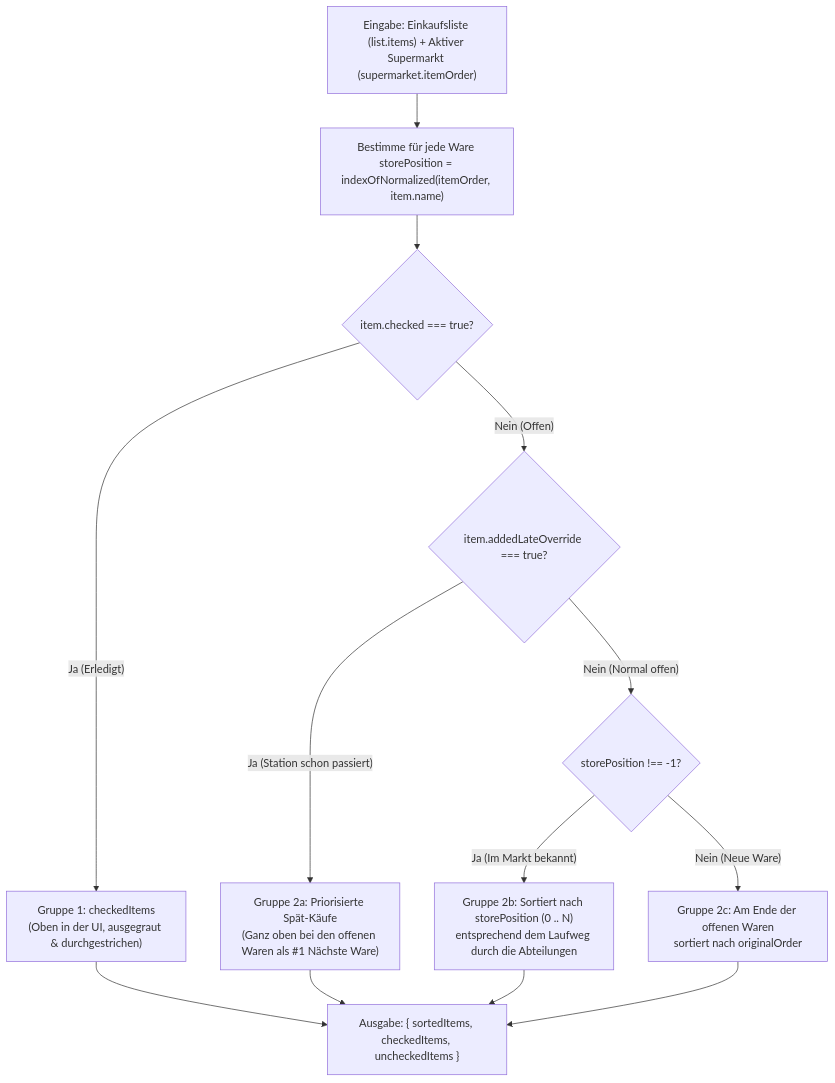
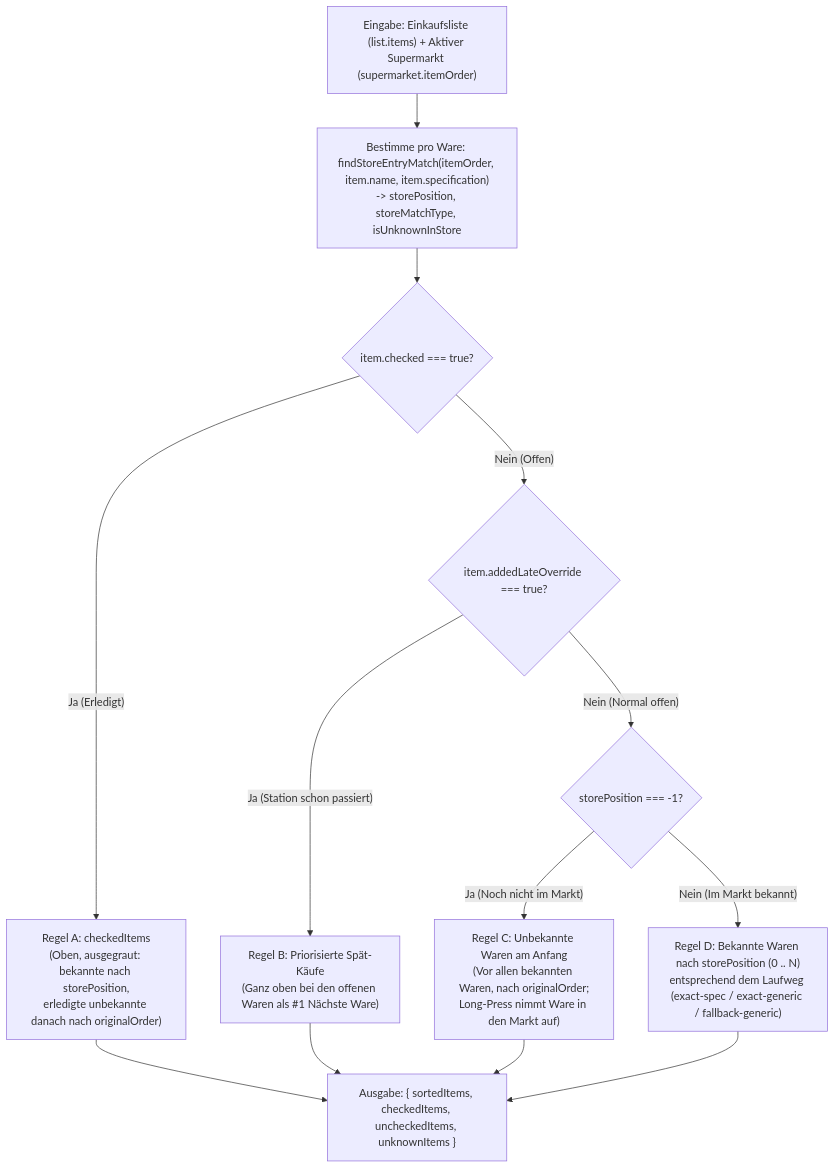
The second of 3 diagrams in docs/ARCHITEKTUR_UND_DOKUMENTATION.md (SunamTH/HandyEinkauf), drawn with Mermaid before and after one commit. The commit also changed other lines of this file and 21 other files, not shown here.

First line of the commit message:
feat(v1.1.0): Spezifikationen, unbekannte Waren + Long-Press, DnD Auto-Scroll & Datei-Export/-Import

````diff
--- a/docs/ARCHITEKTUR_UND_DOKUMENTATION.md
+++ b/docs/ARCHITEKTUR_UND_DOKUMENTATION.md
@@ -112,19 +116,19 @@
 ```mermaid
 flowchart TD
-    Input["Eingabe: Einkaufsliste (list.items) + Aktiver Supermarkt (supermarket.itemOrder)"] --> MapPos["Bestimme für jede Ware storePosition = indexOfNormalized(itemOrder, item.name)"]
+    Input["Eingabe: Einkaufsliste (list.items) + Aktiver Supermarkt (supermarket.itemOrder)"] --> MapPos["Bestimme pro Ware: findStoreEntryMatch(itemOrder, item.name, item.specification)<br/>-> storePosition, storeMatchType, isUnknownInStore"]
     MapPos --> Split{"item.checked === true?"}
-    
-    Split -- "Ja (Erledigt)" --> CheckedGroup["Gruppe 1: checkedItems<br/>(Oben in der UI, ausgegraut & durchgestrichen)"]
+
+    Split -- "Ja (Erledigt)" --> CheckedGroup["Regel A: checkedItems<br/>(Oben, ausgegraut: bekannte nach storePosition,<br/>erledigte unbekannte danach nach originalOrder)"]
     Split -- "Nein (Offen)" --> LateCheck{"item.addedLateOverride === true?"}
-    
-    LateCheck -- "Ja (Station schon passiert)" --> LateGroup["Gruppe 2a: Priorisierte Spät-Käufe<br/>(Ganz oben bei den offenen Waren als #1 Nächste Ware)"]
-    LateCheck -- "Nein (Normal offen)" --> KnownCheck{"storePosition !== -1?"}
-    
-    KnownCheck -- "Ja (Im Markt bekannt)" --> StoreOrder["Gruppe 2b: Sortiert nach storePosition (0 .. N)<br/>entsprechend dem Laufweg durch die Abteilungen"]
-    KnownCheck -- "Nein (Neue Ware)" --> UnknownOrder["Gruppe 2c: Am Ende der offenen Waren<br/>sortiert nach originalOrder"]
-    
-    CheckedGroup --> Combine["Ausgabe: { sortedItems, checkedItems, uncheckedItems }"]
+
+    LateCheck -- "Ja (Station schon passiert)" --> LateGroup["Regel B: Priorisierte Spät-Käufe<br/>(Ganz oben bei den offenen Waren als #1 Nächste Ware)"]
+    LateCheck -- "Nein (Normal offen)" --> UnknownCheck{"storePosition === -1?"}
+
+    UnknownCheck -- "Ja (Noch nicht im Markt)" --> UnknownOrder["Regel C: Unbekannte Waren am Anfang<br/>(Vor allen bekannten Waren, nach originalOrder;<br/>Long-Press nimmt Ware in den Markt auf)"]
+    UnknownCheck -- "Nein (Im Markt bekannt)" --> StoreOrder["Regel D: Bekannte Waren nach storePosition (0 .. N)<br/>entsprechend dem Laufweg (exact-spec / exact-generic / fallback-generic)"]
+
+    CheckedGroup --> Combine["Ausgabe: { sortedItems, checkedItems, uncheckedItems, unknownItems }"]
     LateGroup --> Combine
+    UnknownOrder --> Combine
     StoreOrder --> Combine
-    UnknownOrder --> Combine
 ```
````
